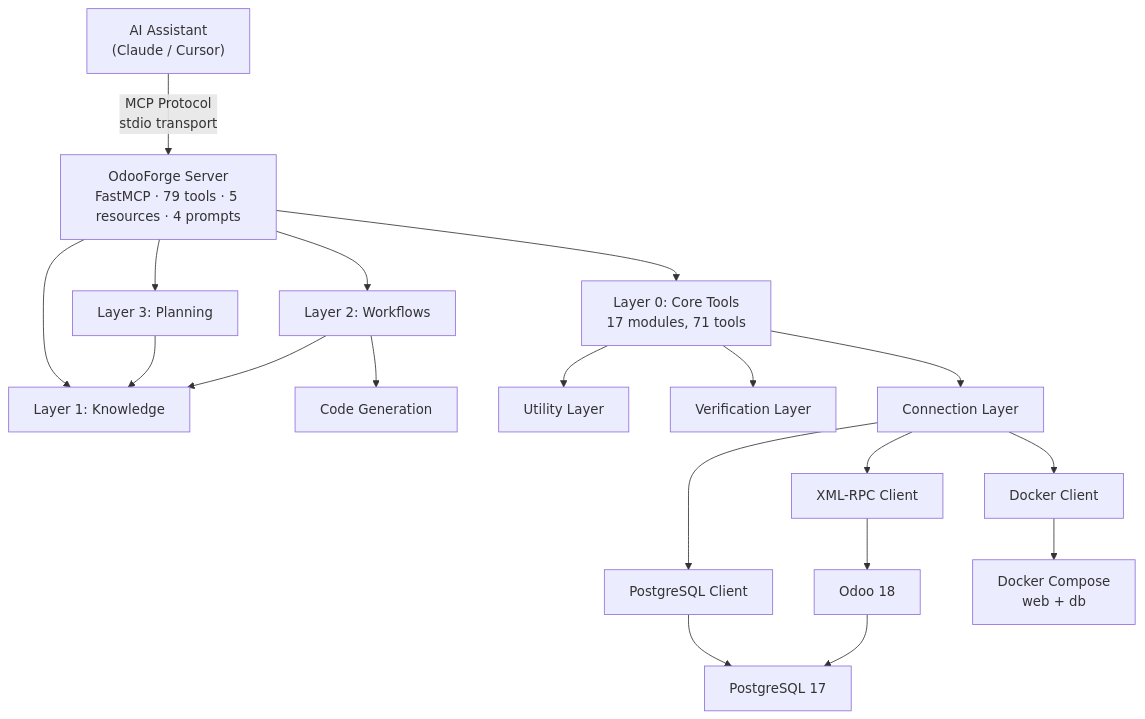
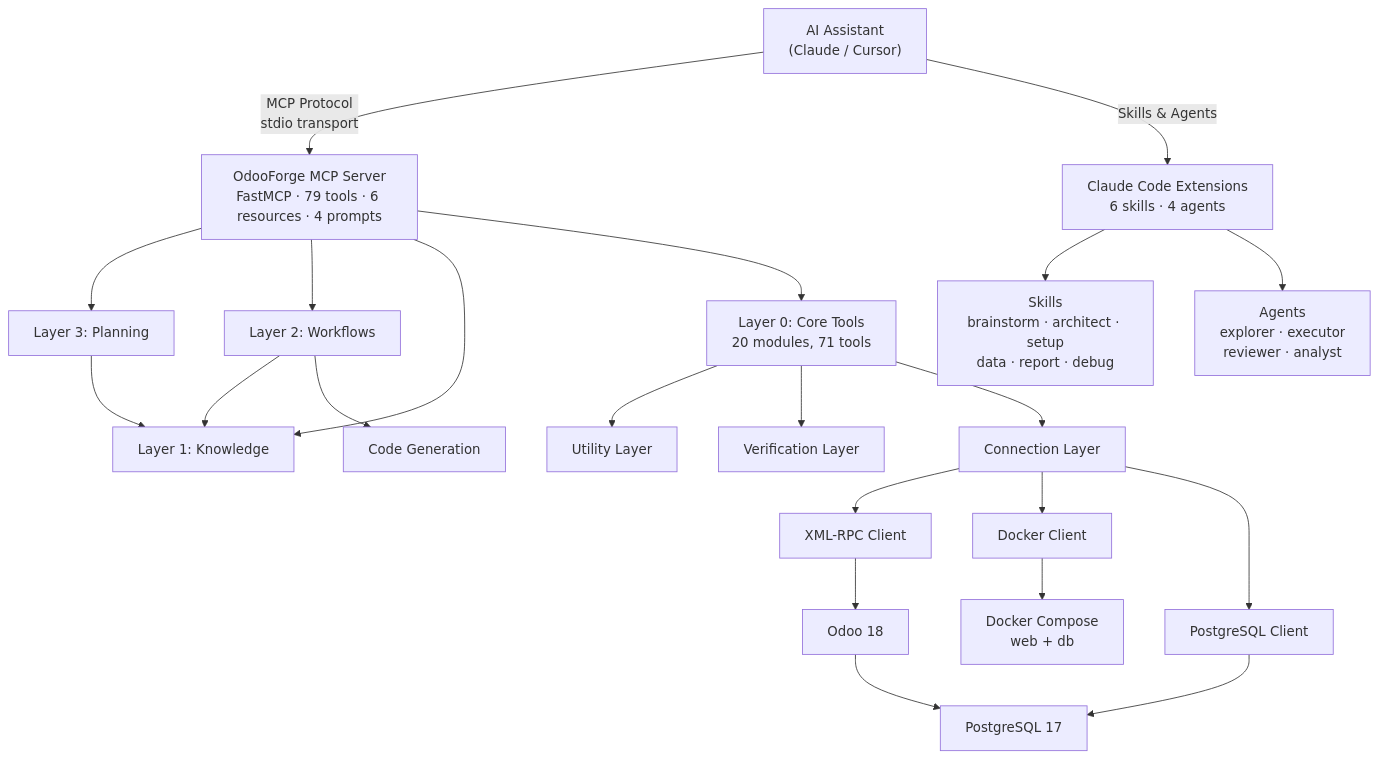
The first of 2 diagrams in docs/architecture.md (hamzatrq/odoo-forge), drawn with Mermaid before and after one commit. The commit also changed other lines of this file and 3 other files, not shown here.

First line of the commit message:
docs: comprehensive update for v0.3.0 — skills, agents, lifecycle

````diff
--- a/docs/architecture.md
+++ b/docs/architecture.md
@@ -7,27 +7,31 @@
 ```mermaid
 graph TB
-    AI["AI Assistant<br/>(Claude / Cursor)"] -->|"MCP Protocol<br/>stdio transport"| Server["OdooForge Server<br/>FastMCP · 79 tools · 5 resources · 4 prompts"]
+    AI["AI Assistant<br/>(Claude / Cursor)"] -->|"MCP Protocol<br/>stdio transport"| Server["OdooForge MCP Server<br/>FastMCP · 79 tools · 6 resources · 4 prompts"]
+    AI -->|"Skills & Agents"| CC["Claude Code Extensions<br/>6 skills · 4 agents"]
 
     Server --> L3["Layer 3: Planning"]
     Server --> L2["Layer 2: Workflows"]
     Server --> L1["Layer 1: Knowledge"]
-    Server --> L0["Layer 0: Core Tools<br/>17 modules, 71 tools"]
+    Server --> L0["Layer 0: Core Tools<br/>20 modules, 71 tools"]
+
+    CC --> Skills["Skills<br/>brainstorm · architect · setup<br/>data · report · debug"]
+    CC --> Agents["Agents<br/>explorer · executor<br/>reviewer · analyst"]
 
     L3 --> L1
     L2 --> L1
     L2 --> Codegen["Code Generation"]
 
     L0 --> Utils["Utility Layer"]
     L0 --> Verify["Verification Layer"]
     L0 --> Conn["Connection Layer"]
 
     Conn --> RPC["XML-RPC Client"]
     Conn --> Docker["Docker Client"]
     Conn --> PG["PostgreSQL Client"]
 
     RPC --> Odoo["Odoo 18"]
     Docker --> Containers["Docker Compose<br/>web + db"]
     PG --> DB["PostgreSQL 17"]
 
     Odoo --> DB
 ```
````
